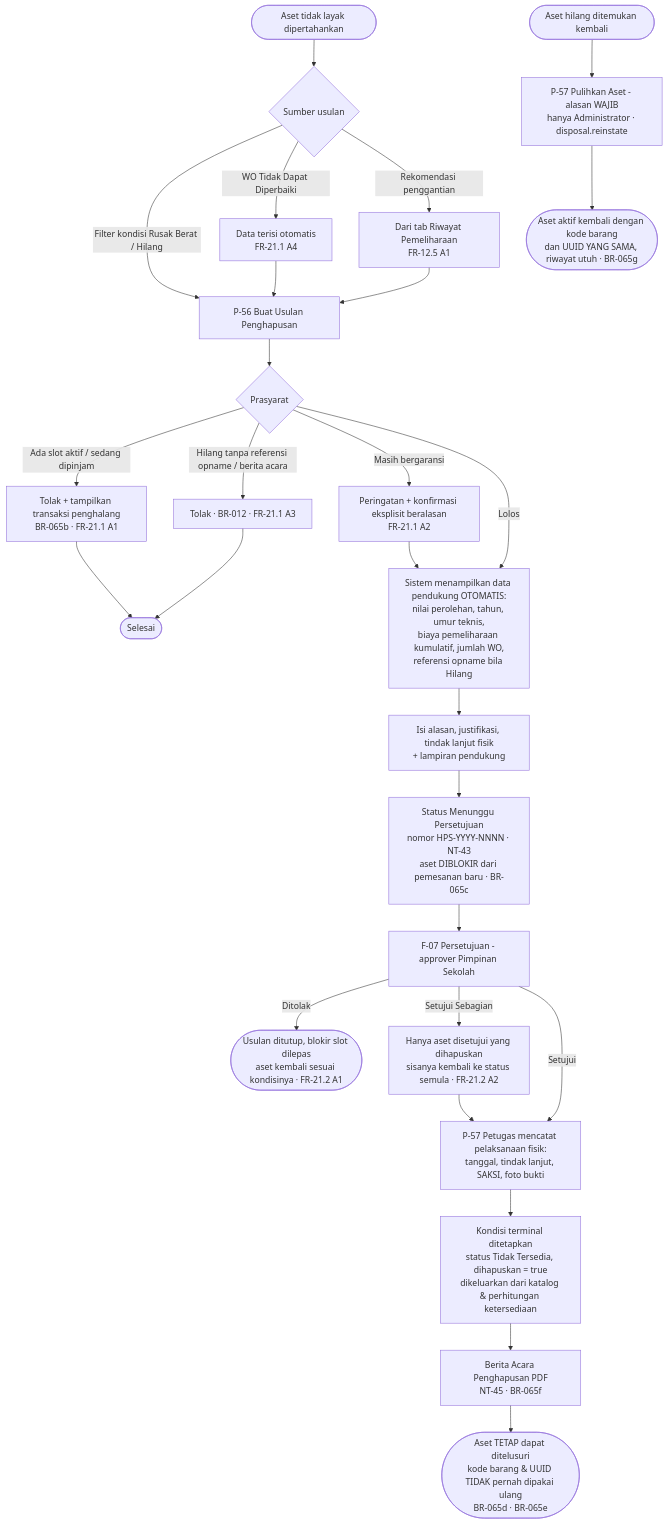
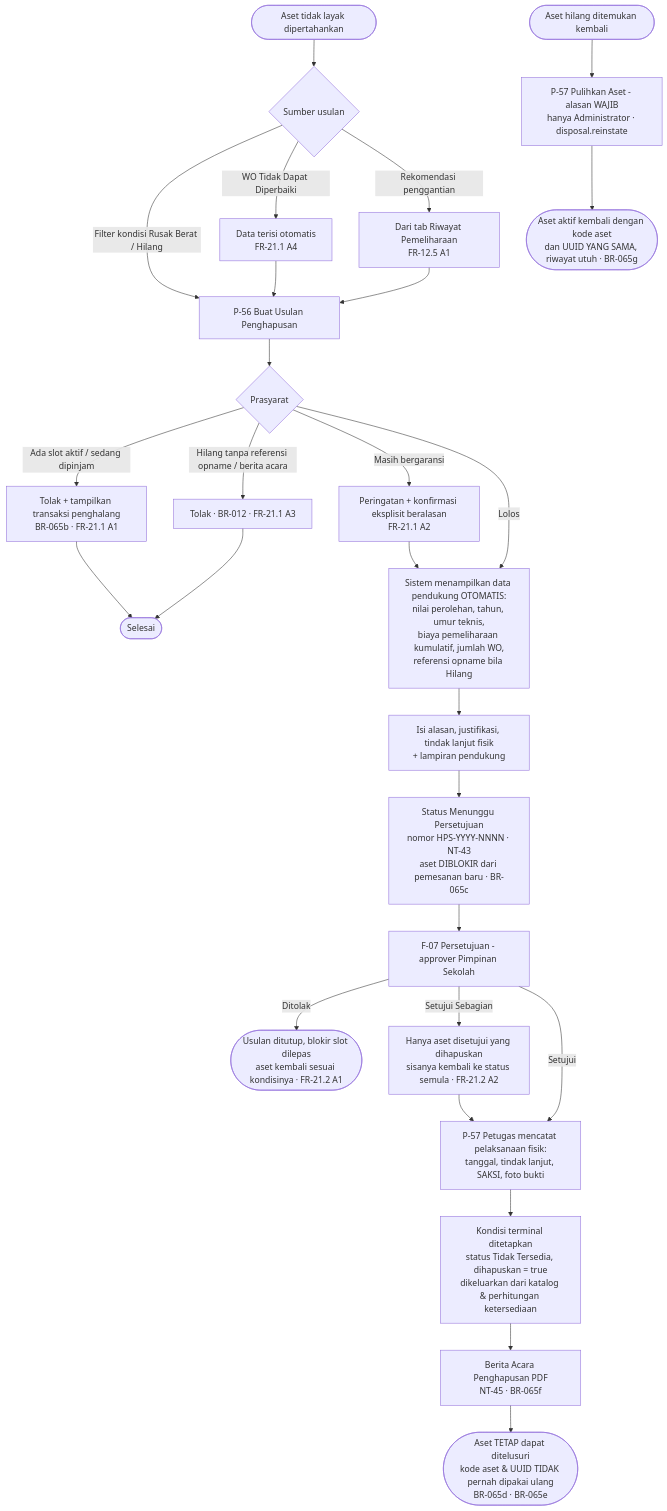
Diagram 18 of 25 in docs/UX/USER-FLOWS.md (HanzzzBD/SIGM4), drawn with Mermaid before and after one commit. The commit also changed other lines of this file and 79 other files, not shown here.

````diff
--- a/docs/UX/USER-FLOWS.md
+++ b/docs/UX/USER-FLOWS.md
@@ -660,28 +662,28 @@
 ```mermaid
 flowchart TD
     A([Aset tidak layak dipertahankan]) --> B{Sumber usulan}
     B -->|"Filter kondisi Rusak Berat / Hilang"| C["P-56 Buat Usulan Penghapusan"]
     B -->|"WO Tidak Dapat Diperbaiki"| D["Data terisi otomatis<br/>FR-21.1 A4"] --> C
     B -->|"Rekomendasi penggantian"| E["Dari tab Riwayat Pemeliharaan<br/>FR-12.5 A1"] --> C
 
     C --> F{Prasyarat}
     F -->|"Ada slot aktif / sedang dipinjam"| G["Tolak + tampilkan transaksi penghalang<br/>BR-065b · FR-21.1 A1"] --> Z1([Selesai])
     F -->|"Hilang tanpa referensi opname / berita acara"| H["Tolak · BR-012 · FR-21.1 A3"] --> Z1
     F -->|"Masih bergaransi"| I["Peringatan + konfirmasi eksplisit beralasan<br/>FR-21.1 A2"] --> J
     F -->|Lolos| J["Sistem menampilkan data pendukung OTOMATIS:<br/>nilai perolehan, tahun, umur teknis,<br/>biaya pemeliharaan kumulatif, jumlah WO,<br/>referensi opname bila Hilang"]
 
     J --> K["Isi alasan, justifikasi, tindak lanjut fisik<br/>+ lampiran pendukung"]
     K --> L["Status Menunggu Persetujuan<br/>nomor HPS-YYYY-NNNN · NT-43<br/>aset DIBLOKIR dari pemesanan baru · BR-065c"]
 
     L --> M["F-07 Persetujuan - approver Pimpinan Sekolah"]
     M -->|Ditolak| N(["Usulan ditutup, blokir slot dilepas<br/>aset kembali sesuai kondisinya · FR-21.2 A1"])
     M -->|"Setujui Sebagian"| O["Hanya aset disetujui yang dihapuskan<br/>sisanya kembali ke status semula · FR-21.2 A2"] --> P
     M -->|Setujui| P["P-57 Petugas mencatat pelaksanaan fisik:<br/>tanggal, tindak lanjut, SAKSI, foto bukti"]
 
     P --> Q["Kondisi terminal ditetapkan<br/>status Tidak Tersedia, dihapuskan = true<br/>dikeluarkan dari katalog & perhitungan ketersediaan"]
     Q --> R["Berita Acara Penghapusan PDF<br/>NT-45 · BR-065f"]
-    R --> S(["Aset TETAP dapat ditelusuri<br/>kode barang & UUID TIDAK pernah dipakai ulang<br/>BR-065d · BR-065e"])
+    R --> S(["Aset TETAP dapat ditelusuri<br/>kode aset & UUID TIDAK pernah dipakai ulang<br/>BR-065d · BR-065e"])
 
     T(["Aset hilang ditemukan kembali"]) --> U["P-57 Pulihkan Aset - alasan WAJIB<br/>hanya Administrator · disposal.reinstate"]
-    U --> V(["Aset aktif kembali dengan kode barang<br/>dan UUID YANG SAMA, riwayat utuh · BR-065g"])
+    U --> V(["Aset aktif kembali dengan kode aset<br/>dan UUID YANG SAMA, riwayat utuh · BR-065g"])
 ```
````
